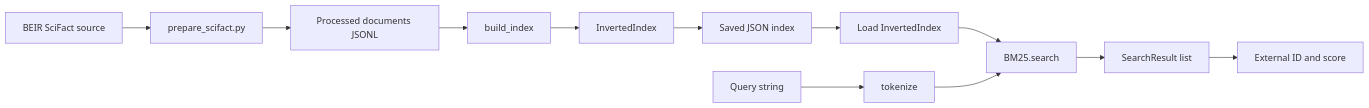
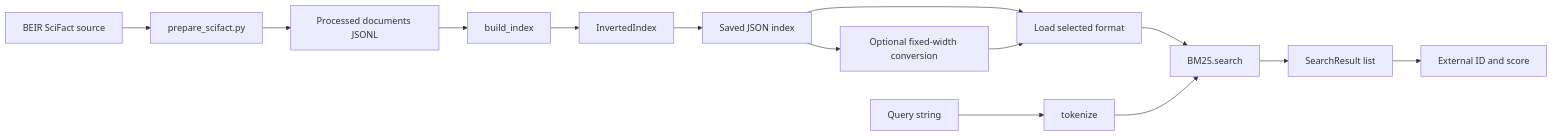
Before and after one commit to jacobkasimir/StrataJanus-IR: the diagram in docs/architecture.md, drawn with Mermaid. The commit also changed other lines of this file and 12 other files, not shown here.

````diff
--- a/docs/architecture.md
+++ b/docs/architecture.md
@@ -7,14 +7,16 @@
 ```mermaid
 flowchart LR
     A[BEIR SciFact source] --> B[prepare_scifact.py]
     B --> C[Processed documents JSONL]
     C --> D[build_index]
     D --> E[InvertedIndex]
     E --> P[Saved JSON index]
+    P --> X[Optional fixed-width conversion]
     Q[Query string] --> T[tokenize]
-    P --> L[Load InvertedIndex]
+    P --> L[Load selected format]
+    X --> L
     L --> R[BM25.search]
     T --> R
     R --> S[SearchResult list]
     S --> V[External ID and score]
 ```
````
